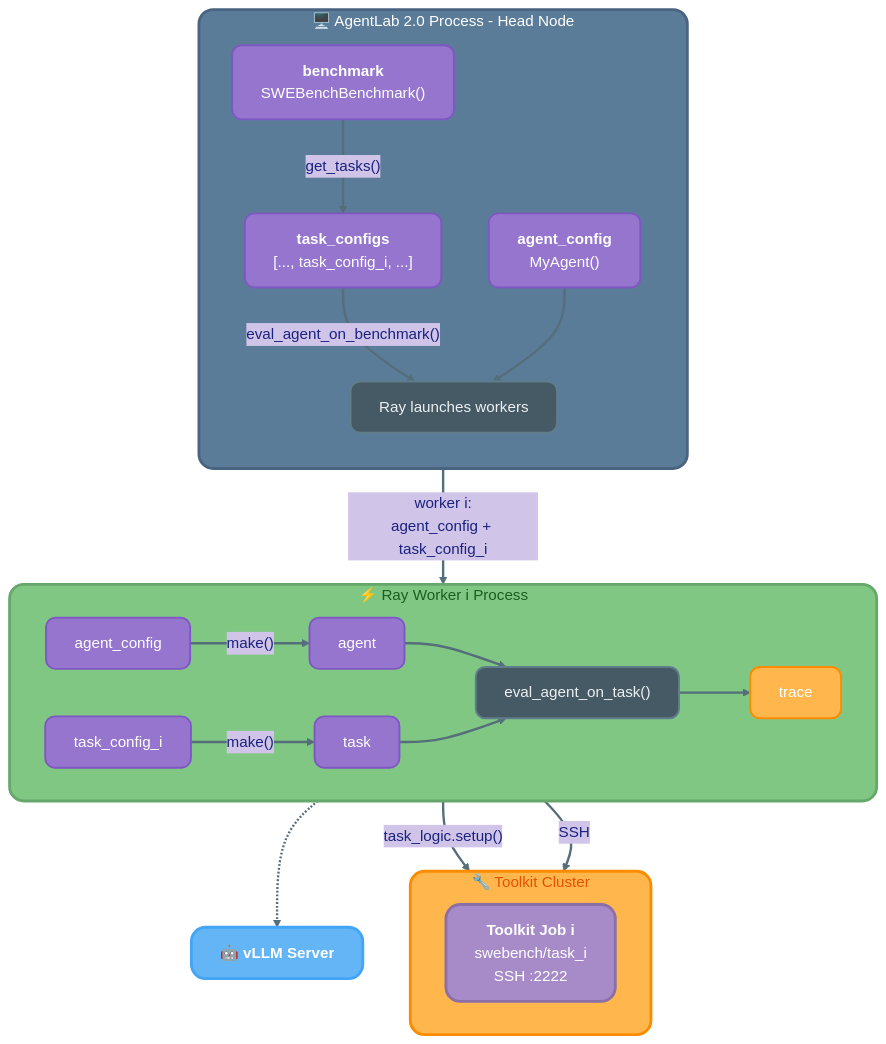
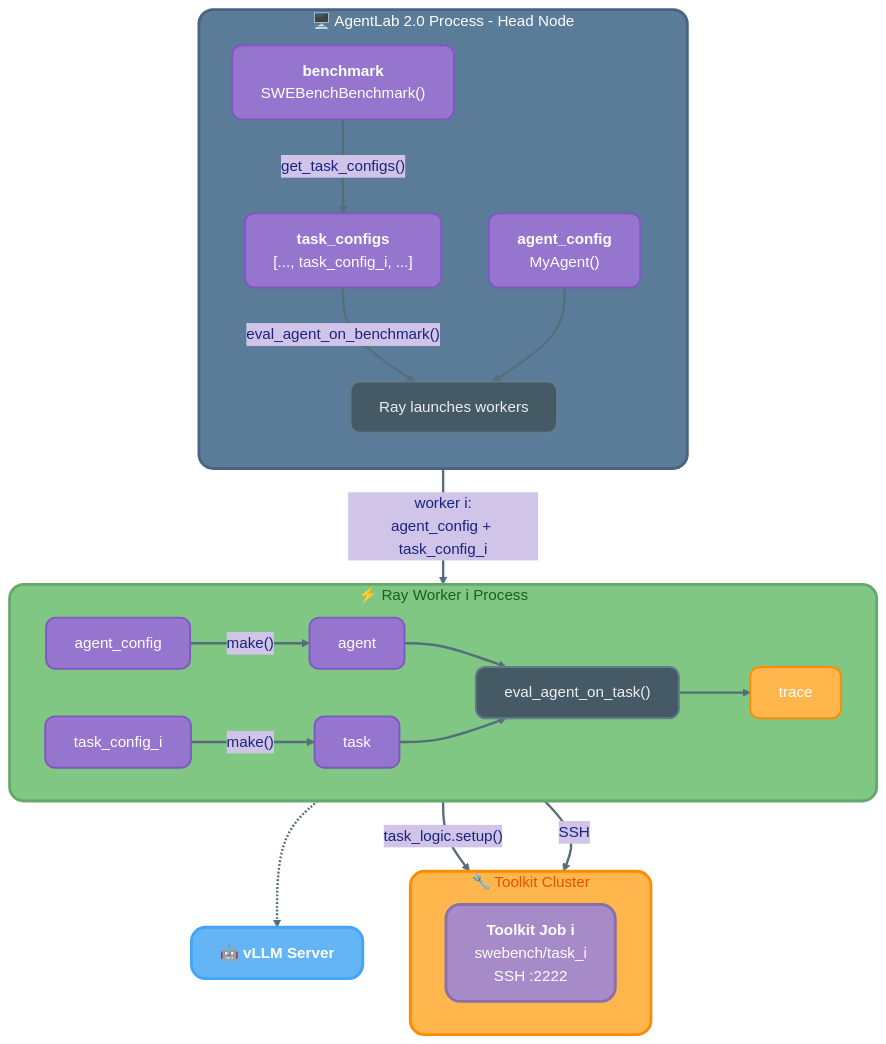
One commit to The-AI-Alliance/cube-standard changed the first of 2 diagrams in design/user_experience.md. Above: the diagram before and after it, drawn with Mermaid. The commit also changed other lines of this file and 4 other files, not shown here.

````diff
--- a/design/user_experience.md
+++ b/design/user_experience.md
@@ -29,65 +29,65 @@
 ```mermaid
 %%{init: {'theme':'base', 'themeVariables': { 'edgeLabelBackground':'#D1C4E9', 'clusterBkg': '#FAFAFA', 'clusterBorder': '#E0E0E0', 'tertiaryColor':'#D1C4E9', 'primaryTextColor':'#1A237E', 'lineColor':'#546E7A'}}}%%
 graph TB
     subgraph AL2Process["🖥️ AgentLab 2.0 Process - Head Node"]
         direction TB
         AgentCfg["<b>agent_config</b><br/>MyAgent()"]
         Benchmark["<b>benchmark</b><br/>SWEBenchBenchmark()"]
         TaskConfigs["<b>task_configs</b><br/>[..., task_config_i, ...]"]
-        
-        Benchmark -->|"get_tasks()"| TaskConfigs
+
+        Benchmark -->|"get_task_configs()"| TaskConfigs
         TaskConfigs -->|"eval_agent_on_benchmark()"| RayLaunch
         AgentCfg --> RayLaunch
         RayLaunch["Ray launches workers"]
     end
-    
+
     RayLaunch ==>|"worker i:<br/>agent_config + task_config_i"| WorkerI
-    
+
     subgraph WorkerI["⚡ Ray Worker i Process"]
         direction LR
         TConfI["task_config_i"]
         AConfI["agent_config"]
         TaskI["task"]
         AgentI["agent"]
         EvalI["eval_agent_on_task()"]
         TraceI["trace"]
-        
+
         TConfI -->|"make()"| TaskI
         AConfI -->|"make()"| AgentI
         AgentI --> EvalI
         TaskI --> EvalI
         EvalI --> TraceI
     end
-    
+
     subgraph ToolkitCluster["🔧 Toolkit Cluster"]
         direction LR
         TKJobI["<b>Toolkit Job i</b><br/>swebench/task_i<br/>SSH :2222"]
     end
-    
+
     vLLM["<b>🤖 vLLM Server</b>"]
-    
+
     TaskI ==>|"task_logic.setup()"| TKJobI
     TaskI -->|"SSH"| TKJobI
-    
+
     AgentI -.-> vLLM
-    
+
     classDef al2Style fill:#5B7C99,stroke:#4A6380,stroke-width:3px,color:#fff,rx:15,ry:15
     classDef workerStyle fill:#81C784,stroke:#66A86B,stroke-width:3px,color:#1B5E20,rx:15,ry:15
     classDef toolkitStyle fill:#FFB74D,stroke:#FB8C00,stroke-width:3px,color:#E65100,rx:15,ry:15
     classDef containerStyle fill:#A78BC9,stroke:#8B6FA8,stroke-width:3px,color:#fff,rx:15,ry:15
     classDef vllmStyle fill:#64B5F6,stroke:#42A5F5,stroke-width:3px,color:#fff,rx:15,ry:15
     classDef objectStyle fill:#9575CD,stroke:#7E57C2,stroke-width:2px,color:#fff,rx:10,ry:10
     classDef actionStyle fill:#455A64,stroke:#607D8B,stroke-width:2px,color:#ECEFF1,rx:10,ry:10
     classDef traceStyle fill:#FFB74D,stroke:#FB8C00,stroke-width:2px,color:#fff,rx:10,ry:10
-    
+
     linkStyle default stroke:#546E7A,stroke-width:2.5px
-    
+
     class AL2Process al2Style
     class WorkerI workerStyle
     class ToolkitCluster toolkitStyle
     class TKJobI containerStyle
     class vLLM vllmStyle
     class AgentCfg,AConfI,Benchmark,TConfI,TaskConfigs,TaskI,AgentI objectStyle
     class RayLaunch,EvalI actionStyle
     class TraceI traceStyle
 ```
````
